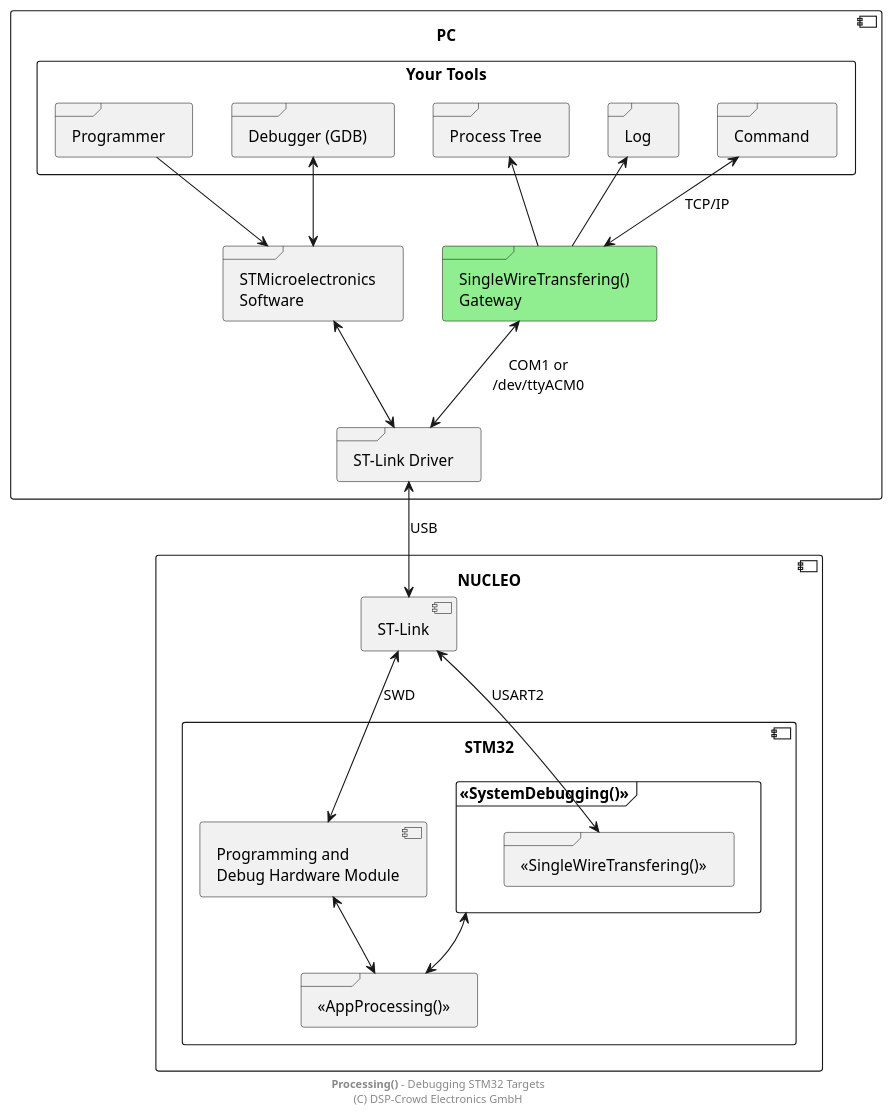
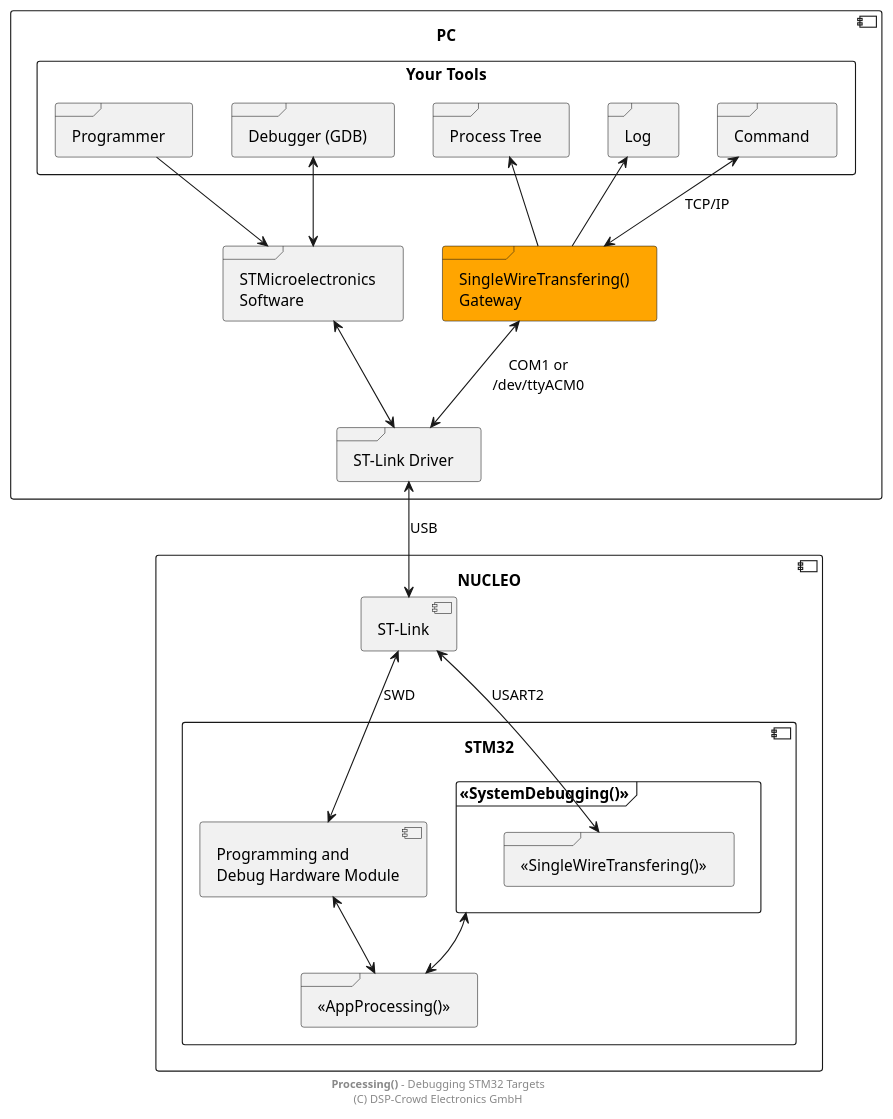
Before and after one commit to NoOrientationProgramming/code-orb: the diagram in doc/system/stm32-uart_3.pu, drawn with PlantUML. The commit also changed 2 other files, not shown here.

```diff
--- a/doc/system/stm32-uart_3.pu
+++ b/doc/system/stm32-uart_3.pu
@@ -2,64 +2,64 @@
 @startuml
 
 ' skinparam linetype ortho
 ' scale 0.6
 
 component PC as pPc {
 
 	rectangle "Your Tools" as pTools {
 
 		frame "Programmer" as pProg
 		frame "Debugger (GDB)" as pDbg
 
 		frame "Process Tree" as pTree
 		frame "Log" as pLog
 		frame "Command" as pCmd
 		' frame "Custom\nChannels" as pCustom
 	}
 
-	frame "SingleWireTransfering()\nGateway" as pGw #lightgreen
+	frame "SingleWireTransfering()\nGateway" as pGw #orange
 	frame "STMicroelectronics\nSoftware" as pStSw
 
 	frame "ST-Link Driver" as pDrv
 
 	pProg --> pStSw
 	pDbg <--> pStSw
 
 	pTree <-- pGw
 	pLog <-- pGw
 	pCmd <--> pGw : "TCP/IP"
 	' pCustom <--> pGw
 
 	pStSw <--> pDrv
 	pGw <--> pDrv : "COM1 or\n/dev/ttyACM0"
 
 	pStSw -r[hidden]- pGw
 }
 
 component "NUCLEO" as pNuc {
 
 	component "STM32" {
 
 		component "Programming and\nDebug Hardware Module" as pHwDbg
 
 		frame "<<SystemDebugging()>>" as pSysDbg {
 			frame "<<SingleWireTransfering()>>" as pSwt
 		}
 
 		frame "<<AppProcessing()>>" as pApp
 
 		pHwDbg <--> pApp
 		pSysDbg <--> pApp
 	}
 
 	component "ST-Link" as pStLink
 
 	pStLink <--> pHwDbg : SWD
 	pStLink <--> pSwt : USART2
 }
 
 pDrv <--> pStLink : USB
 
 footer **Processing()** - Debugging STM32 Targets\n(C) DSP-Crowd Electronics GmbH
 
 @enduml
```
